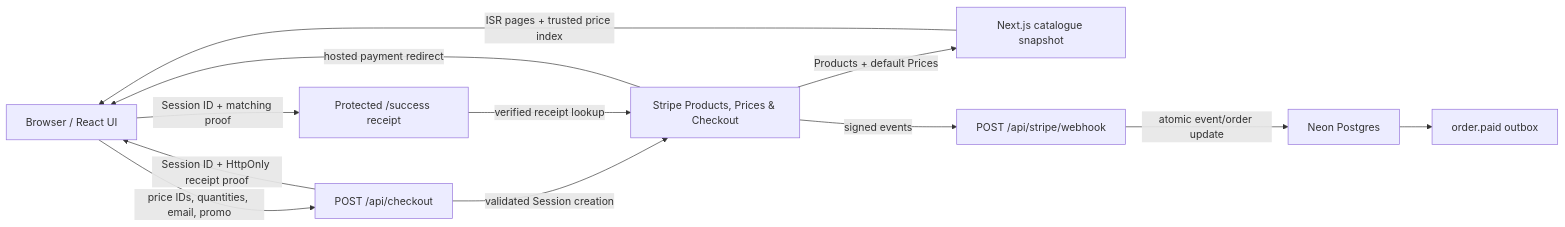
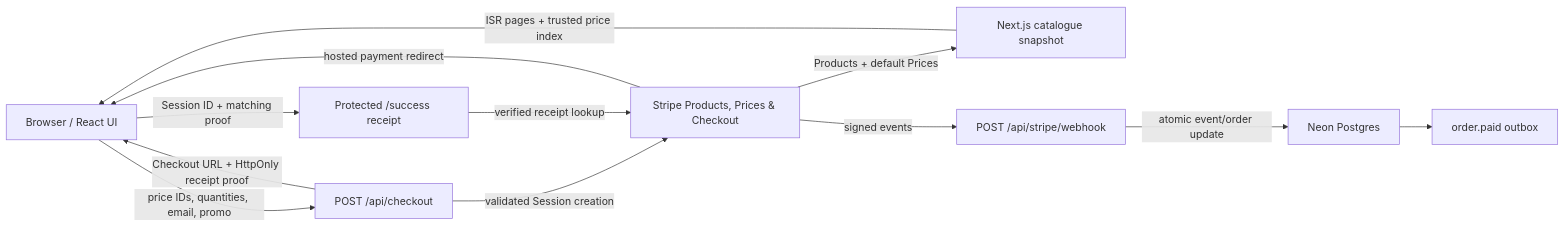
The diagram in README.md (stupidkubik/Stripe-mini-app), drawn with Mermaid before and after one commit. The commit also changed other lines of this file and 16 other files, not shown here.

First line of the commit message:
feat(checkout): redirect to session.url instead of loading Stripe.js

````diff
--- a/README.md
+++ b/README.md
@@ -137,23 +138,23 @@
 ```mermaid
 flowchart LR
     Browser["Browser / React UI"]
     Catalogue["Next.js catalogue snapshot"]
     Checkout["POST /api/checkout"]
     Success["Protected /success receipt"]
     Webhook["POST /api/stripe/webhook"]
     Stripe["Stripe Products, Prices & Checkout"]
     Postgres["Neon Postgres"]
     Outbox["order.paid outbox"]
 
     Stripe -->|"Products + default Prices"| Catalogue
     Catalogue -->|"ISR pages + trusted price index"| Browser
     Browser -->|"price IDs, quantities, email, promo"| Checkout
     Checkout -->|"validated Session creation"| Stripe
-    Checkout -->|"Session ID + HttpOnly receipt proof"| Browser
+    Checkout -->|"Checkout URL + HttpOnly receipt proof"| Browser
     Stripe -->|"hosted payment redirect"| Browser
     Stripe -->|"signed events"| Webhook
     Webhook -->|"atomic event/order update"| Postgres
     Postgres --> Outbox
     Browser -->|"Session ID + matching proof"| Success
     Success -->|"verified receipt lookup"| Stripe
 ```
````
